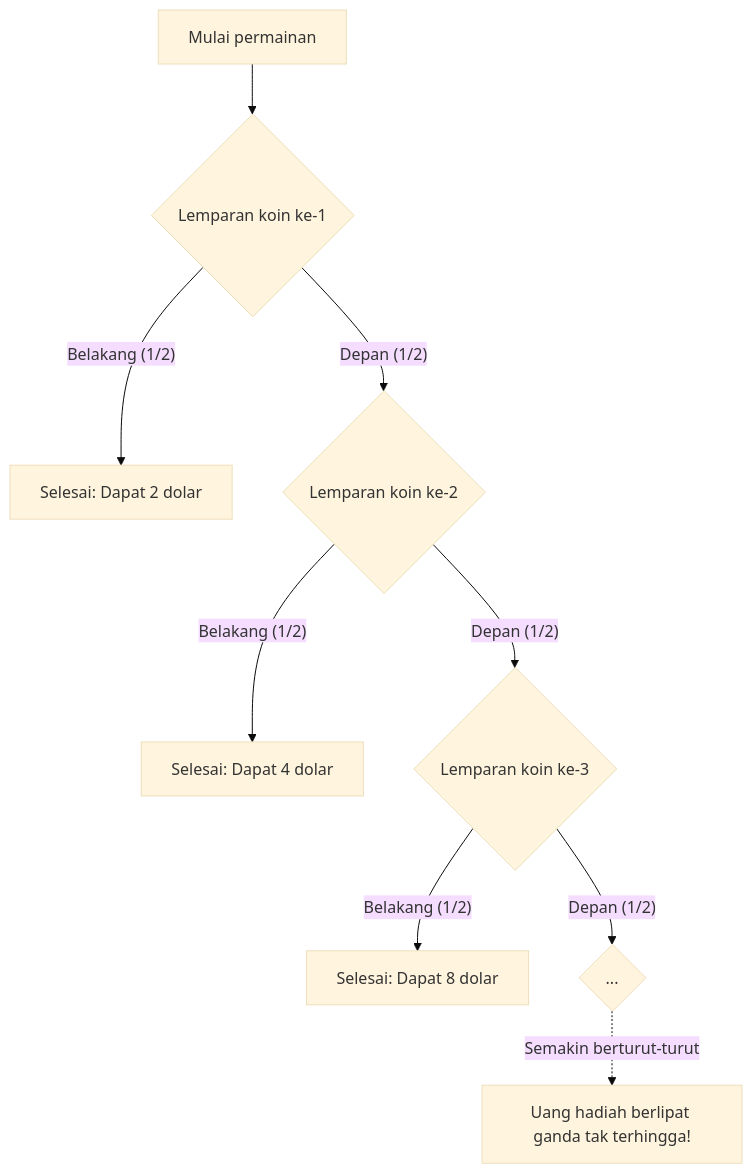
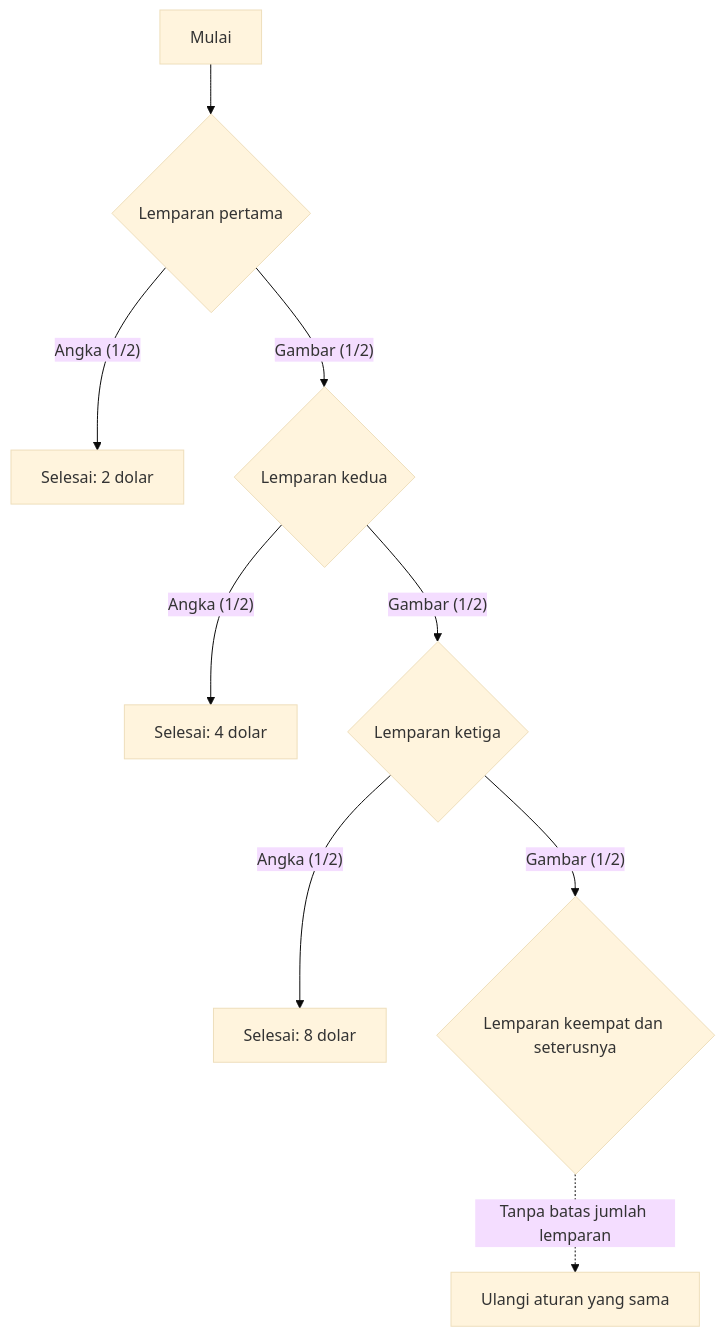
One commit to kenjinote/blog changed the diagram in content/post/サンクトペテルブルクのパラドックス/index.id.md. Above: the diagram before and after it, drawn with Mermaid (base theme). The commit also changed other lines of this file and 8 other files, not shown here.

````diff
--- a/content/post/サンクトペテルブルクのパラドックス/index.id.md
+++ b/content/post/サンクトペテルブルクのパラドックス/index.id.md
@@ -33,15 +32,11 @@
 ```mermaid
 graph TD
-    Start["Mulai permainan"] --> Toss1{"Lemparan koin ke-1"}
-    
-    Toss1 -->|"Belakang (1/2)"| End1["Selesai: Dapat 2 dolar"]
-    Toss1 -->|"Depan (1/2)"| Toss2{"Lemparan koin ke-2"}
-    
-    Toss2 -->|"Belakang (1/2)"| End2["Selesai: Dapat 4 dolar"]
-    Toss2 -->|"Depan (1/2)"| Toss3{"Lemparan koin ke-3"}
-    
-    Toss3 -->|"Belakang (1/2)"| End3["Selesai: Dapat 8 dolar"]
-    Toss3 -->|"Depan (1/2)"| Toss4{"..."}
-    
-    Toss4 -.->|"Semakin berturut-turut"| Infinite["Uang hadiah berlipat ganda tak terhingga!"]
+    Start["Mulai"] --> Toss1{"Lemparan pertama"}
+    Toss1 -->|"Angka (1/2)"| End1["Selesai: 2 dolar"]
+    Toss1 -->|"Gambar (1/2)"| Toss2{"Lemparan kedua"}
+    Toss2 -->|"Angka (1/2)"| End2["Selesai: 4 dolar"]
+    Toss2 -->|"Gambar (1/2)"| Toss3{"Lemparan ketiga"}
+    Toss3 -->|"Angka (1/2)"| End3["Selesai: 8 dolar"]
+    Toss3 -->|"Gambar (1/2)"| Toss4{"Lemparan keempat dan seterusnya"}
+    Toss4 -.->|"Tanpa batas jumlah lemparan"| Continue["Ulangi aturan yang sama"]
 ```
````
